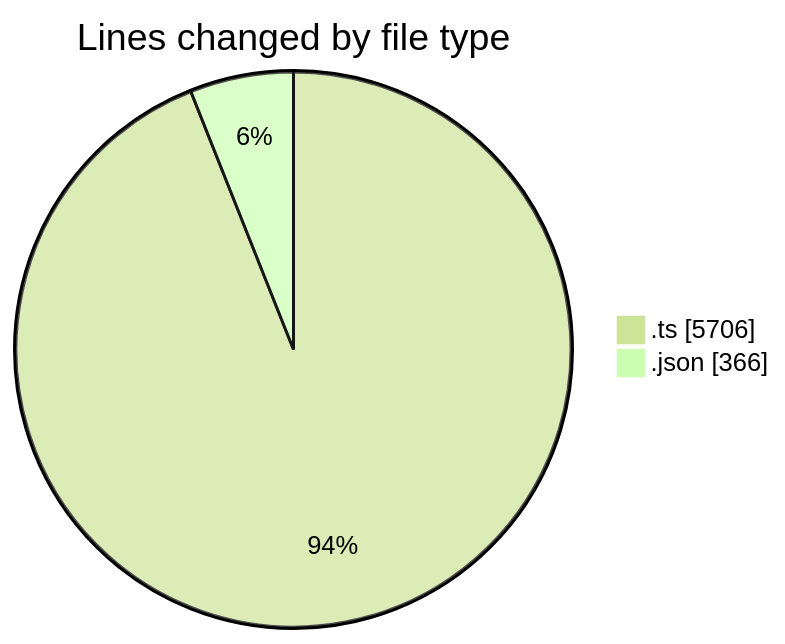
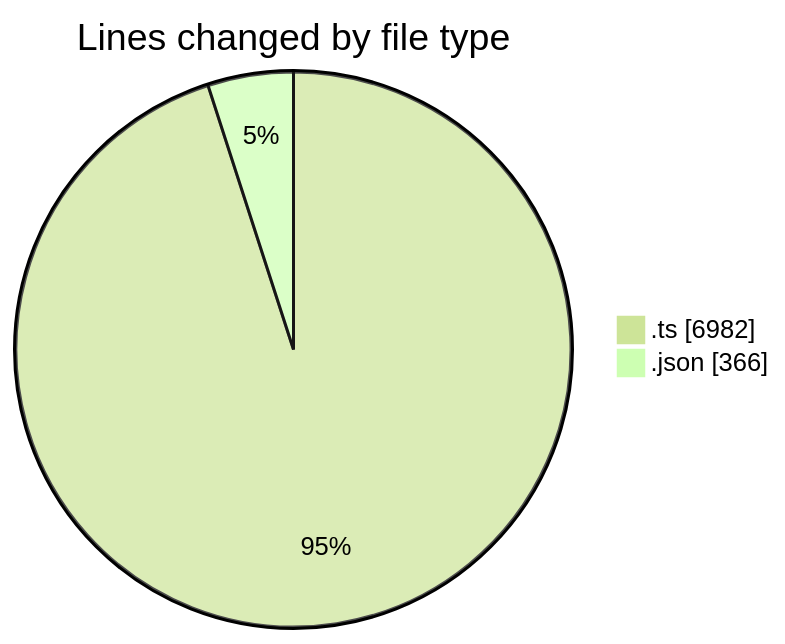
One commit to momahboobian/code-tracking changed the first of 2 diagrams in 2025-10-27/cda/README.md. Above: the diagram before and after it, drawn with Mermaid (forest theme). The commit also changed other lines of this file and 1 other file, not shown here.

````diff
--- a/2025-10-27/cda/README.md
+++ b/2025-10-27/cda/README.md
@@ -26,6 +26,6 @@
 ```mermaid
 pie showData
 title Lines changed by file type
-".ts" : 5706
+".ts" : 6982
 ".json" : 366
 ```
````
